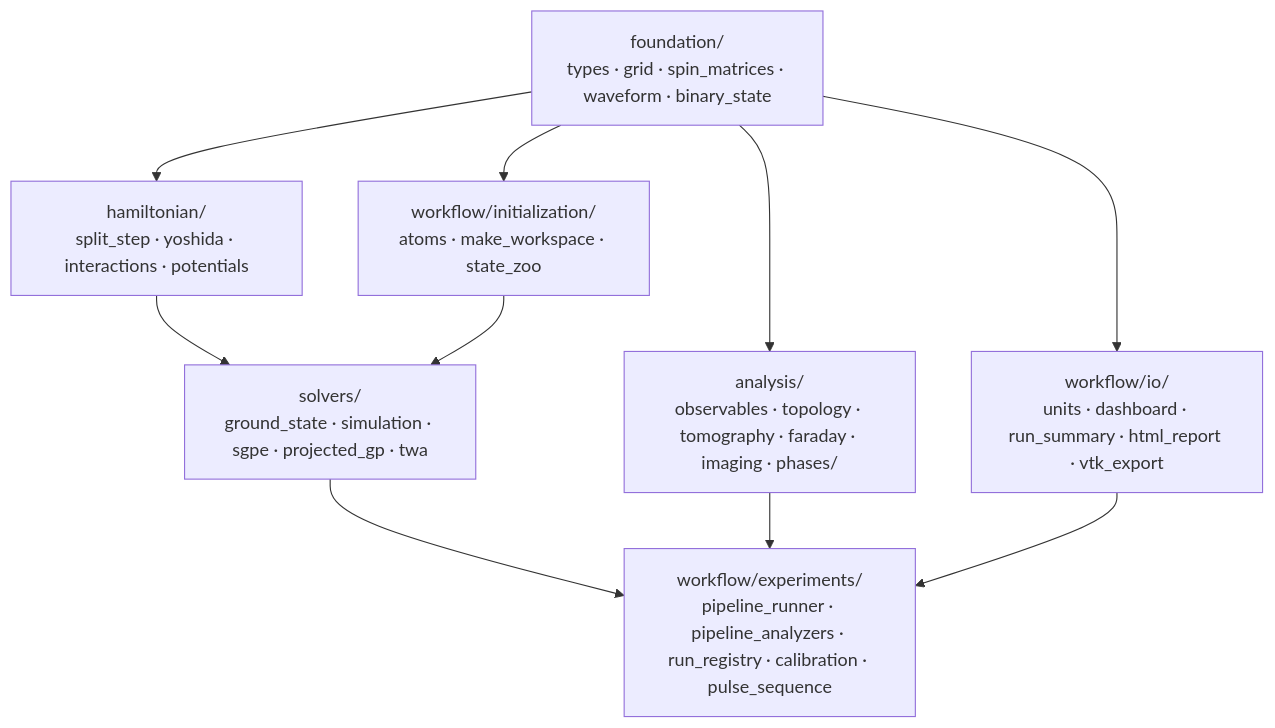
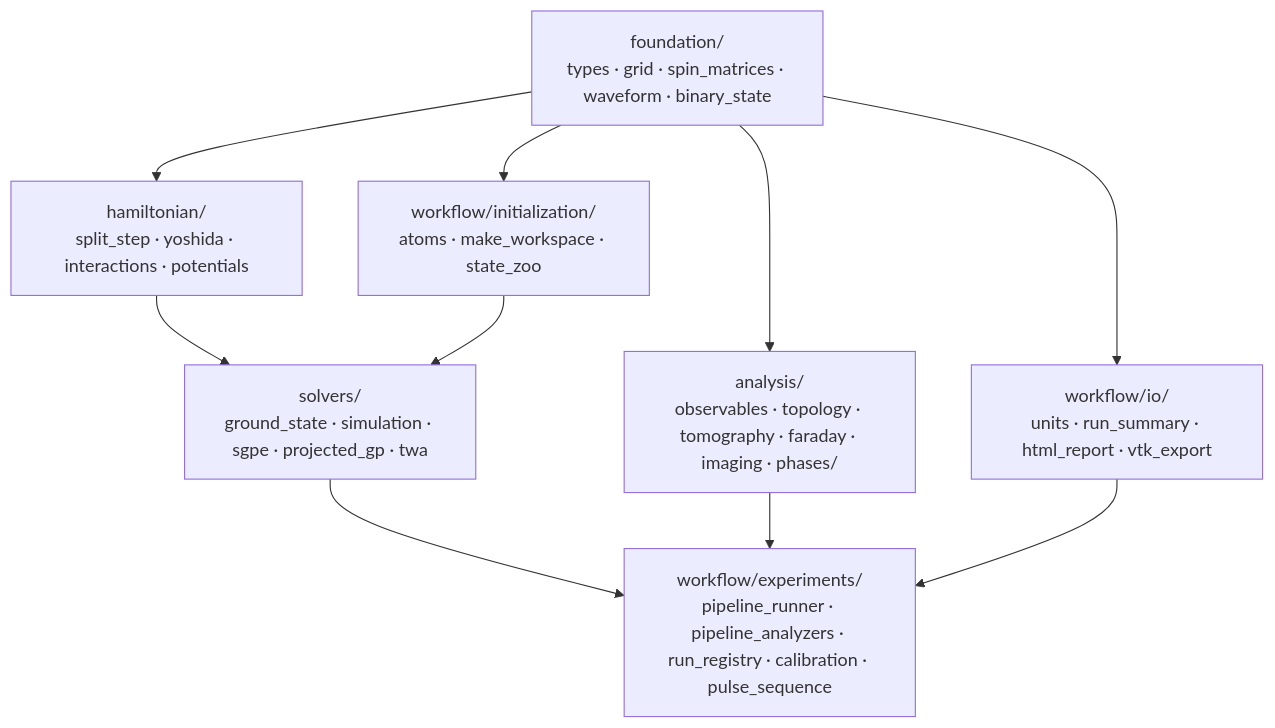
One commit to KozumaLaboratory/BEC-simulation changed the diagram in docs/reference/architecture.md. Above: the diagram before and after it, drawn with Mermaid. The commit also changed other lines of this file and 173 other files, not shown here.

````diff
--- a/docs/reference/architecture.md
+++ b/docs/reference/architecture.md
@@ -231,20 +214,20 @@
 ```mermaid
 graph TD
     foundation["foundation/<br/>types · grid · spin_matrices · waveform · binary_state"]
     hamiltonian["hamiltonian/<br/>split_step · yoshida · interactions · potentials"]
     solvers["solvers/<br/>ground_state · simulation · sgpe · projected_gp · twa"]
     init["workflow/initialization/<br/>atoms · make_workspace · state_zoo"]
     experiments["workflow/experiments/<br/>pipeline_runner · pipeline_analyzers · run_registry · calibration · pulse_sequence"]
-    io["workflow/io/<br/>units · dashboard · run_summary · html_report · vtk_export"]
+    io["workflow/io/<br/>units · run_summary · html_report · vtk_export"]
     analysis["analysis/<br/>observables · topology · tomography · faraday · imaging · phases/"]
 
     foundation --> hamiltonian
     foundation --> init
     foundation --> analysis
     foundation --> io
     hamiltonian --> solvers
     init --> solvers
     solvers --> experiments
     analysis --> experiments
     io --> experiments
 ```
````
